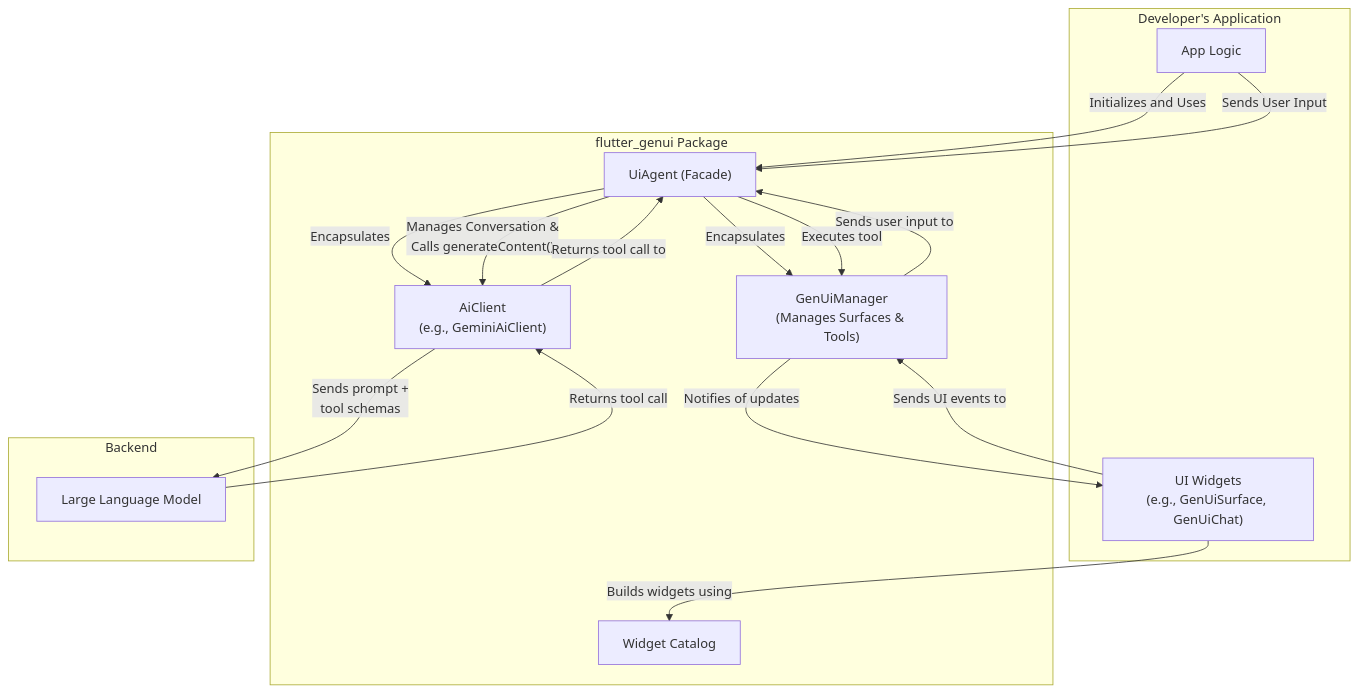
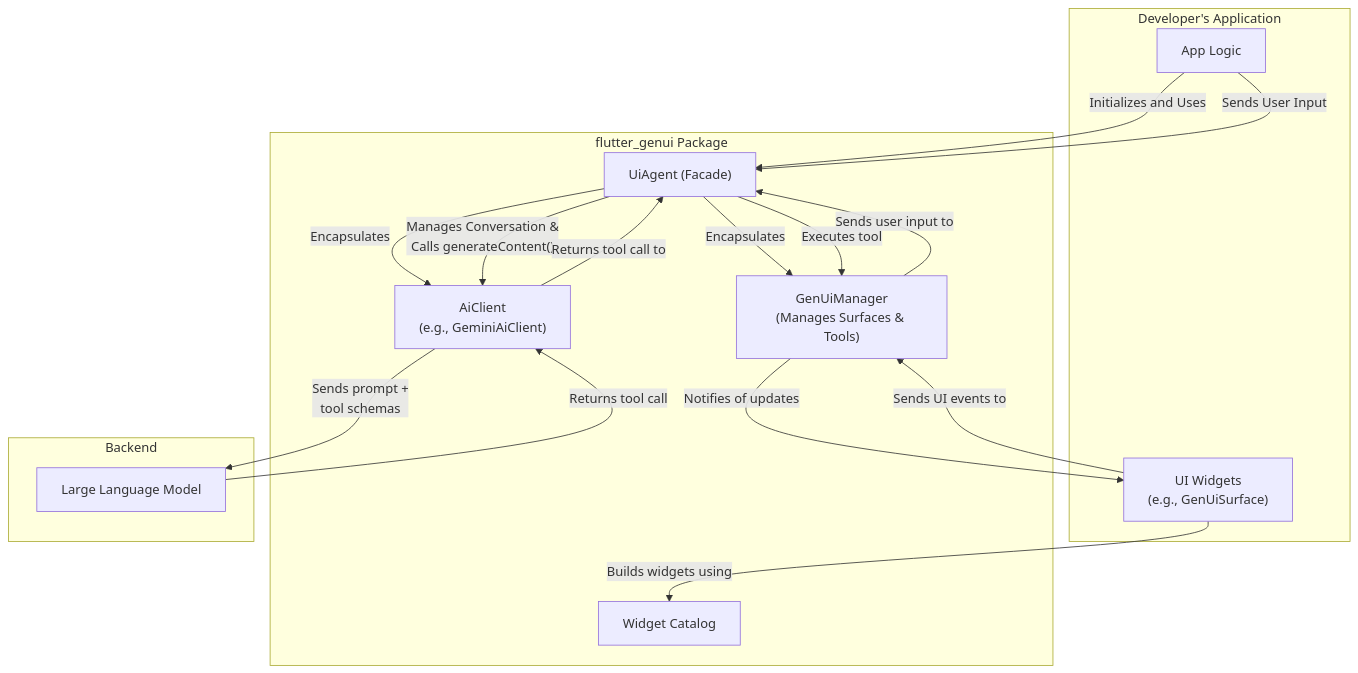
The first of 2 diagrams in packages/flutter_genui/IMPLEMENTATION.md (sethladd/genui), drawn with Mermaid before and after one commit. The commit also changed other lines of this file and 3 other files, not shown here.

````diff
--- a/packages/flutter_genui/IMPLEMENTATION.md
+++ b/packages/flutter_genui/IMPLEMENTATION.md
@@ -15,34 +15,34 @@
 ```mermaid
 graph TD
     subgraph "Developer's Application"
         AppLogic["App Logic"]
-        UIWidgets["UI Widgets<br>(e.g., GenUiSurface, GenUiChat)"]
+        UIWidgets["UI Widgets<br>(e.g., GenUiSurface)"]
     end
 
     subgraph "flutter_genui Package"
         UiAgent["UiAgent (Facade)"]
         GenUiManager["GenUiManager<br>(Manages Surfaces & Tools)"]
         AiClient["AiClient<br>(e.g., GeminiAiClient)"]
         Catalog["Widget Catalog"]
     end
 
     subgraph "Backend"
         LLM["Large Language Model"]
     end
 
     AppLogic -- "Initializes and Uses" --> UiAgent
     UiAgent -- "Encapsulates" --> GenUiManager
     UiAgent -- "Encapsulates" --> AiClient
 
     AppLogic -- "Sends User Input" --> UiAgent
     UiAgent -- "Manages Conversation &<br>Calls generateContent()" --> AiClient
     AiClient -- "Sends prompt +<br>tool schemas" --> LLM
     LLM -- "Returns tool call" --> AiClient
     AiClient -- "Returns tool call to" --> UiAgent
 
     UiAgent -- "Executes tool" --> GenUiManager
     GenUiManager -- "Notifies of updates" --> UIWidgets
     UIWidgets -- "Builds widgets using" --> Catalog
     UIWidgets -- "Sends UI events to" --> GenUiManager
     GenUiManager -- "Sends user input to" --> UiAgent
 ```
````
